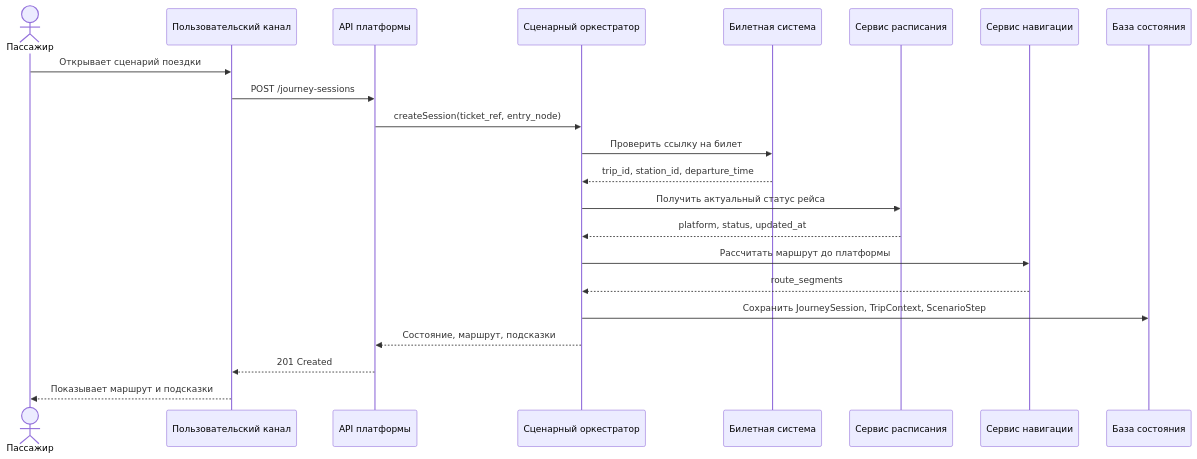
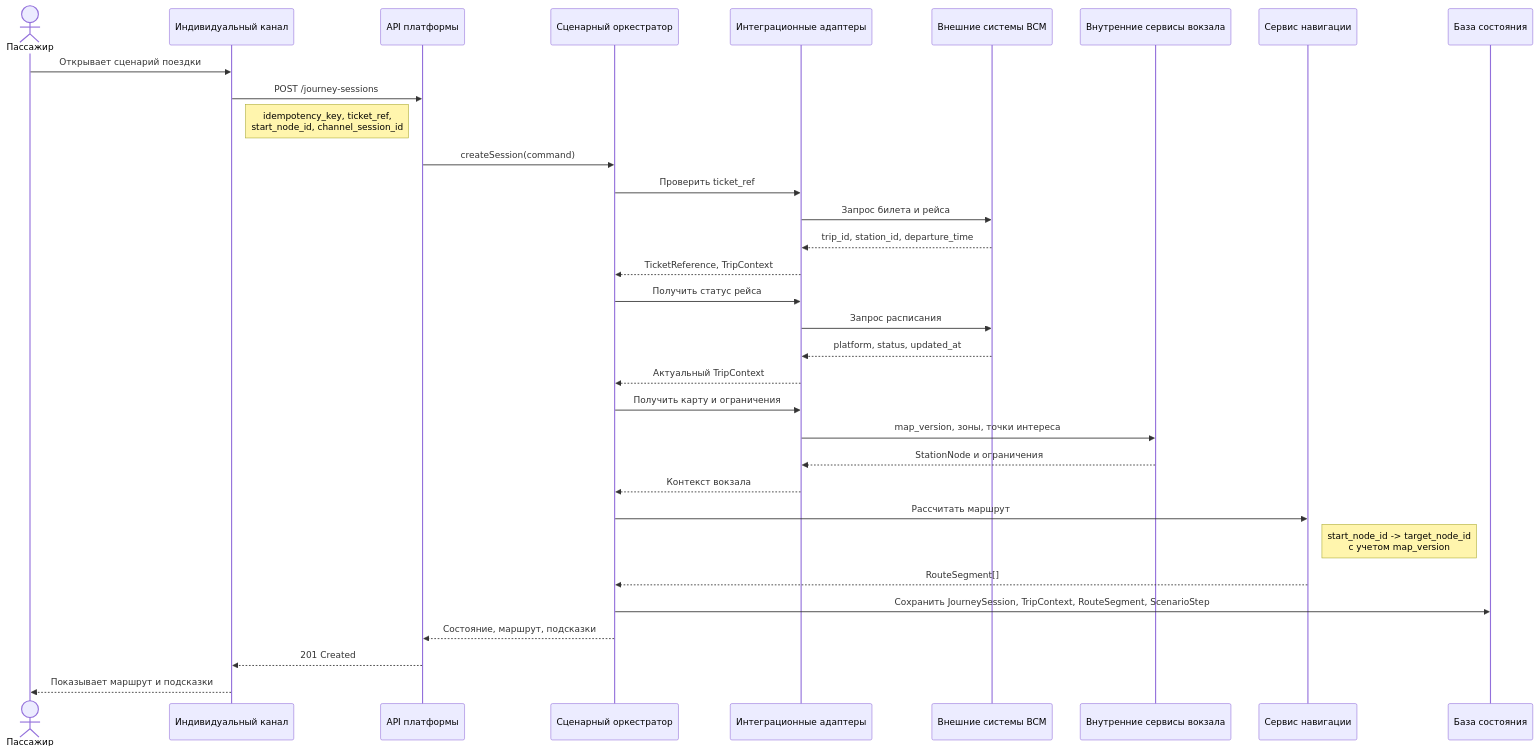
The first of 6 diagrams in 06-сценарии-и-потоки.md (FlashgoKless/CW-for-dissertation), drawn with Mermaid before and after one commit. The commit also changed other lines of this file and 2 other files, not shown here.

Commit message:
docs: update architecture flows and data storage

````diff
--- a/06-сценарии-и-потоки.md
+++ b/06-сценарии-и-потоки.md
@@ -5,25 +7,36 @@
 ```mermaid
 sequenceDiagram
     actor Passenger as Пассажир
-    participant Channel as Пользовательский канал
+    participant Channel as Индивидуальный канал
     participant API as API платформы
     participant Orchestrator as Сценарный оркестратор
-    participant Ticket as Билетная система
-    participant Schedule as Сервис расписания
+    participant Adapters as Интеграционные адаптеры
+    participant VSM as Внешние системы ВСМ
+    participant Station as Внутренние сервисы вокзала
     participant Navigation as Сервис навигации
     participant DB as База состояния
 
     Passenger->>Channel: Открывает сценарий поездки
     Channel->>API: POST /journey-sessions
-    API->>Orchestrator: createSession(ticket_ref, entry_node)
-    Orchestrator->>Ticket: Проверить ссылку на билет
-    Ticket-->>Orchestrator: trip_id, station_id, departure_time
-    Orchestrator->>Schedule: Получить актуальный статус рейса
-    Schedule-->>Orchestrator: platform, status, updated_at
-    Orchestrator->>Navigation: Рассчитать маршрут до платформы
-    Navigation-->>Orchestrator: route_segments
-    Orchestrator->>DB: Сохранить JourneySession, TripContext, ScenarioStep
+    Note right of Channel: idempotency_key, ticket_ref,<br/>start_node_id, channel_session_id
+    API->>Orchestrator: createSession(command)
+    Orchestrator->>Adapters: Проверить ticket_ref
+    Adapters->>VSM: Запрос билета и рейса
+    VSM-->>Adapters: trip_id, station_id, departure_time
+    Adapters-->>Orchestrator: TicketReference, TripContext
+    Orchestrator->>Adapters: Получить статус рейса
+    Adapters->>VSM: Запрос расписания
+    VSM-->>Adapters: platform, status, updated_at
+    Adapters-->>Orchestrator: Актуальный TripContext
+    Orchestrator->>Adapters: Получить карту и ограничения
+    Adapters->>Station: map_version, зоны, точки интереса
+    Station-->>Adapters: StationNode и ограничения
+    Adapters-->>Orchestrator: Контекст вокзала
+    Orchestrator->>Navigation: Рассчитать маршрут
+    Note right of Navigation: start_node_id -> target_node_id<br/>с учетом map_version
+    Navigation-->>Orchestrator: RouteSegment[]
+    Orchestrator->>DB: Сохранить JourneySession, TripContext, RouteSegment, ScenarioStep
     Orchestrator-->>API: Состояние, маршрут, подсказки
     API-->>Channel: 201 Created
     Channel-->>Passenger: Показывает маршрут и подсказки
 ```
````
